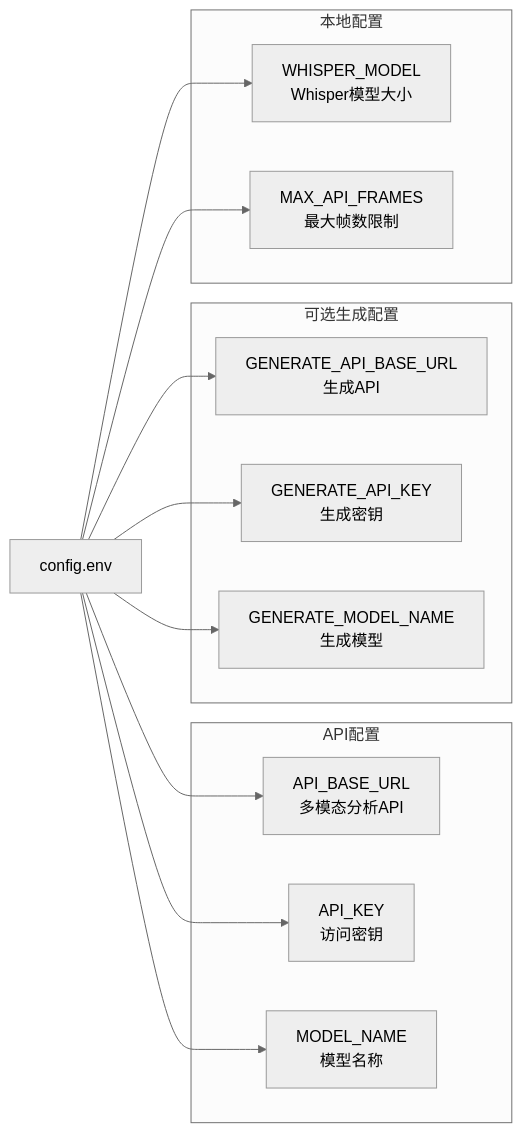
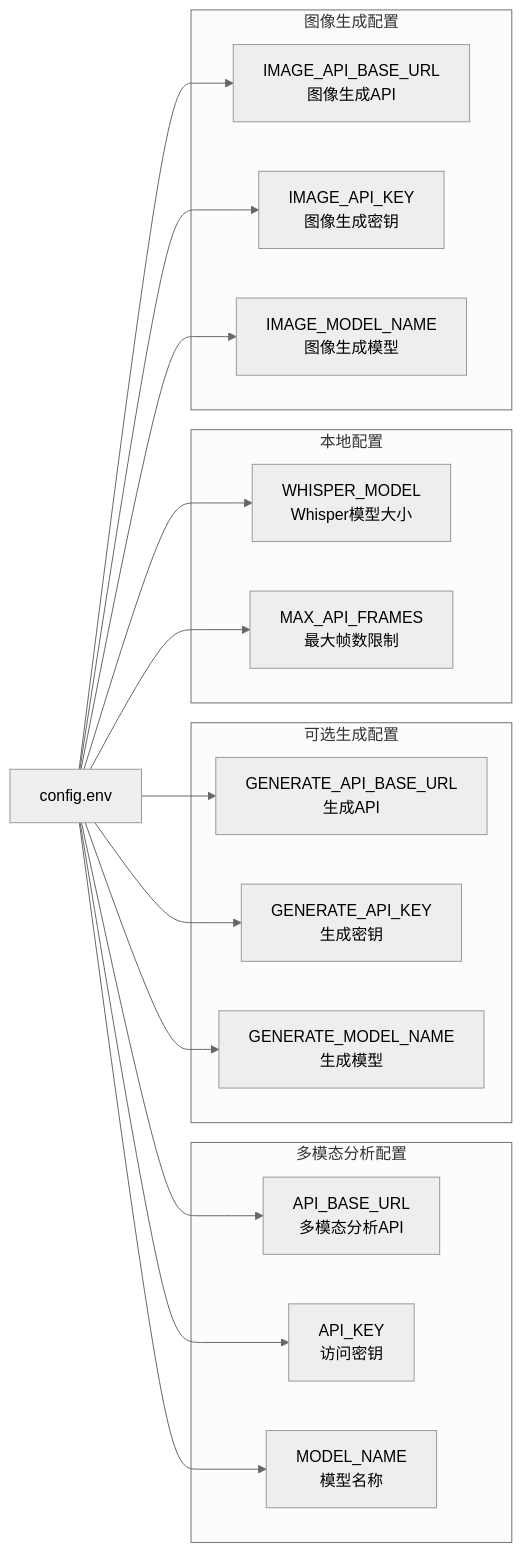
The sixth of 11 diagrams in .qoder/repowiki/zh/content/配置和定制/配置和定制.md (WongMingJiu/landingpage-test-hero-page), drawn with Mermaid (neutral theme) before and after one commit. The commit also changed other lines of this file and 6 other files, not shown here.

First line of the commit message:
feat: 品牌logo固定素材 + 双参考图生图 + 输出平铺结构

````diff
--- a/.qoder/repowiki/zh/content/配置和定制/配置和定制.md
+++ b/.qoder/repowiki/zh/content/配置和定制/配置和定制.md
@@ -232,25 +276,33 @@
 ```mermaid
 graph LR
-subgraph "API配置"
+subgraph "多模态分析配置"
 BaseURL[API_BASE_URL<br/>多模态分析API]
 APIKey[API_KEY<br/>访问密钥]
 ModelName[MODEL_NAME<br/>模型名称]
 end
 subgraph "可选生成配置"
 GenBaseURL[GENERATE_API_BASE_URL<br/>生成API]
 GenAPIKey[GENERATE_API_KEY<br/>生成密钥]
 GenModelName[GENERATE_MODEL_NAME<br/>生成模型]
 end
 subgraph "本地配置"
 WhisperModel[WHISPER_MODEL<br/>Whisper模型大小]
 MaxFrames[MAX_API_FRAMES<br/>最大帧数限制]
 end
+subgraph "图像生成配置"
+ImageBaseURL[IMAGE_API_BASE_URL<br/>图像生成API]
+ImageAPIKey[IMAGE_API_KEY<br/>图像生成密钥]
+ImageModelName[IMAGE_MODEL_NAME<br/>图像生成模型]
+end
 ConfigFile[config.env] --> BaseURL
 ConfigFile --> APIKey
 ConfigFile --> ModelName
 ConfigFile --> GenBaseURL
 ConfigFile --> GenAPIKey
 ConfigFile --> GenModelName
 ConfigFile --> WhisperModel
 ConfigFile --> MaxFrames
+ConfigFile --> ImageBaseURL
+ConfigFile --> ImageAPIKey
+ConfigFile --> ImageModelName
 ```
````
